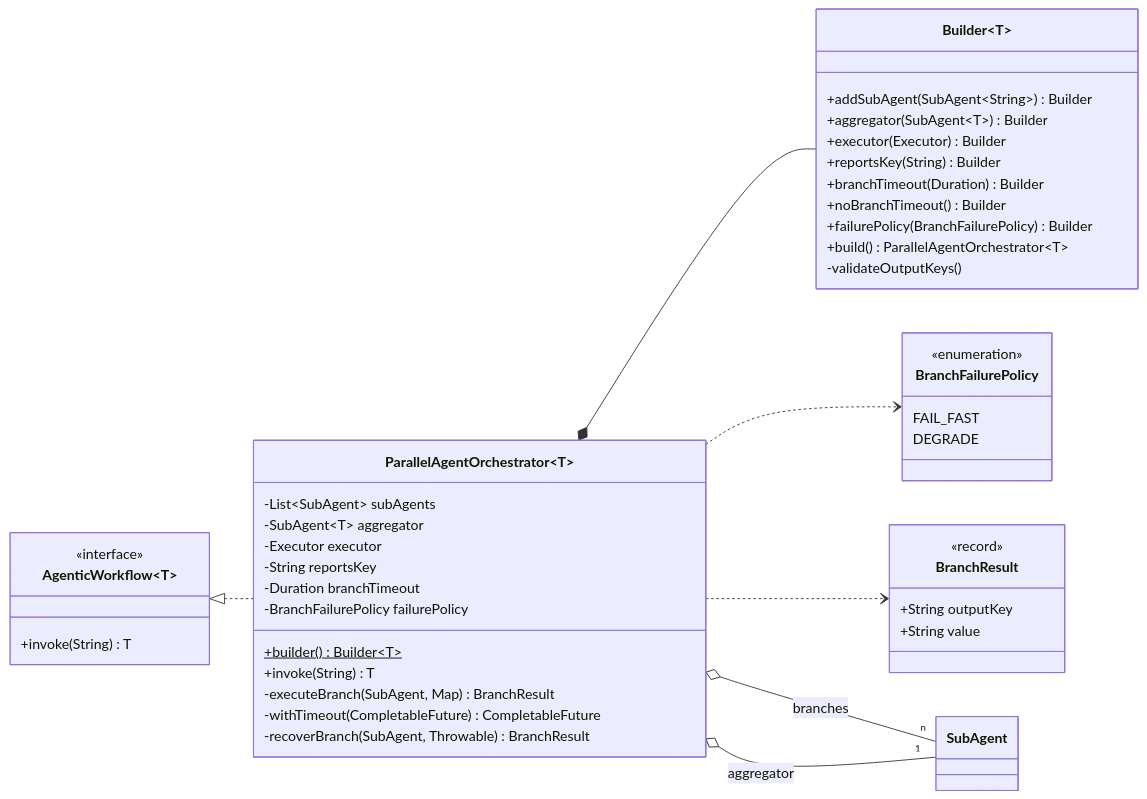
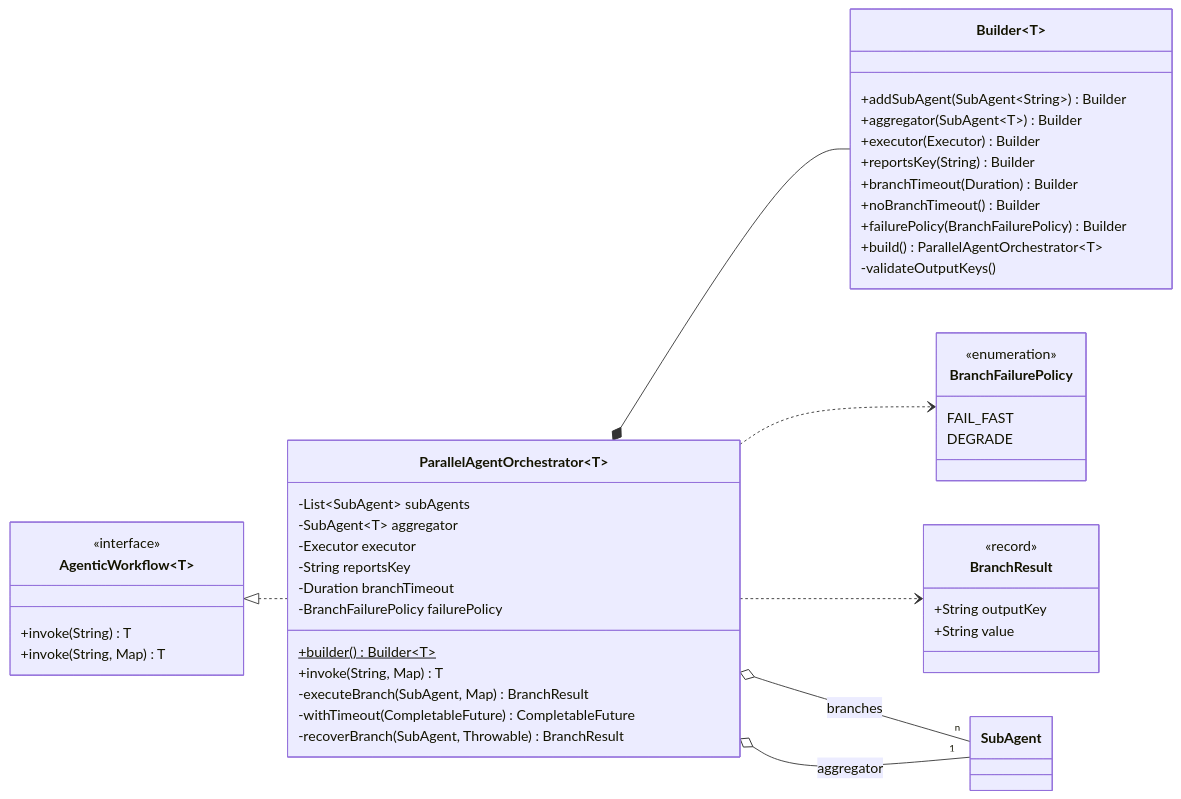
Before and after one commit to ronaldwkcheng/agent-api: the first of 2 diagrams in api/docs/parallel-agent-orchestrator.md, drawn with Mermaid. The commit also changed 7 other files, not shown here.

````diff
--- a/api/docs/parallel-agent-orchestrator.md
+++ b/api/docs/parallel-agent-orchestrator.md
@@ -17,54 +17,55 @@
 ```mermaid
 classDiagram
     direction LR
 
     class AgenticWorkflow~T~ {
         <<interface>>
         +invoke(String) T
+        +invoke(String, Map) T
     }
 
     class ParallelAgentOrchestrator~T~ {
         -List~SubAgent~ subAgents
         -SubAgent~T~ aggregator
         -Executor executor
         -String reportsKey
         -Duration branchTimeout
         -BranchFailurePolicy failurePolicy
         +builder()$ Builder~T~
-        +invoke(String) T
+        +invoke(String, Map) T
         -executeBranch(SubAgent, Map) BranchResult
         -withTimeout(CompletableFuture) CompletableFuture
         -recoverBranch(SubAgent, Throwable) BranchResult
     }
 
     class BranchFailurePolicy {
         <<enumeration>>
         FAIL_FAST
         DEGRADE
     }
 
     class BranchResult {
         <<record>>
         +String outputKey
         +String value
     }
 
     class Builder~T~ {
         +addSubAgent(SubAgent~String~) Builder
         +aggregator(SubAgent~T~) Builder
         +executor(Executor) Builder
         +reportsKey(String) Builder
         +branchTimeout(Duration) Builder
         +noBranchTimeout() Builder
         +failurePolicy(BranchFailurePolicy) Builder
         +build() ParallelAgentOrchestrator~T~
         -validateOutputKeys()
     }
 
     AgenticWorkflow <|.. ParallelAgentOrchestrator
     ParallelAgentOrchestrator *-- Builder
     ParallelAgentOrchestrator ..> BranchFailurePolicy
     ParallelAgentOrchestrator ..> BranchResult
     ParallelAgentOrchestrator o-- "n" SubAgent : branches
     ParallelAgentOrchestrator o-- "1" SubAgent : aggregator
 ```
````
